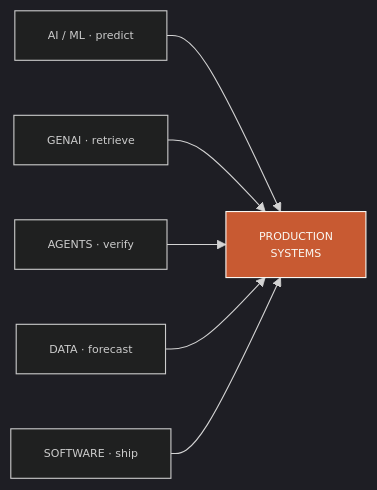
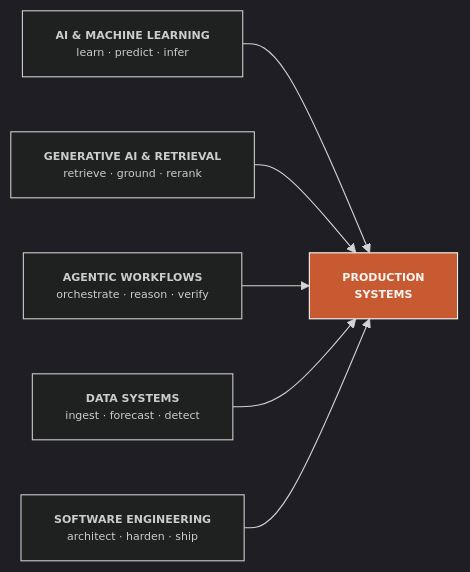
One commit to dhruv-rathi-tech/dhruv-rathi-tech changed the diagram in README.md. Above: the diagram before and after it, drawn with Mermaid.

Commit message:
Commit compact Mermaid configuration

````diff
--- a/README.md
+++ b/README.md
@@ -9,11 +9,11 @@
 ```mermaid
 %%{init: {'theme': 'dark', 'themeVariables': {'fontSize': '10px', 'nodeSpacing': 10, 'rankSpacing': 30}}}%%
 flowchart LR
-    A["AI / ML · predict"] --> S["PRODUCTION<br/>SYSTEMS"]
-    B["GENAI · retrieve"] --> S
-    C["AGENTS · verify"] --> S
-    D["DATA · forecast"] --> S
-    E["SOFTWARE · ship"] --> S
+    A["<b>AI & MACHINE LEARNING</b><br/>learn · predict · infer"] --> S["<b>PRODUCTION<br/>SYSTEMS</b>"]
+    B["<b>GENERATIVE AI & RETRIEVAL</b><br/>retrieve · ground · rerank"] --> S
+    C["<b>AGENTIC WORKFLOWS</b><br/>orchestrate · reason · verify"] --> S
+    D["<b>DATA SYSTEMS</b><br/>ingest · forecast · detect"] --> S
+    E["<b>SOFTWARE ENGINEERING</b><br/>architect · harden · ship"] --> S
 
     style S fill:#c85a32,stroke:#FAF7F2,stroke-width:1px,color:#FAF7F2
 ```
````
